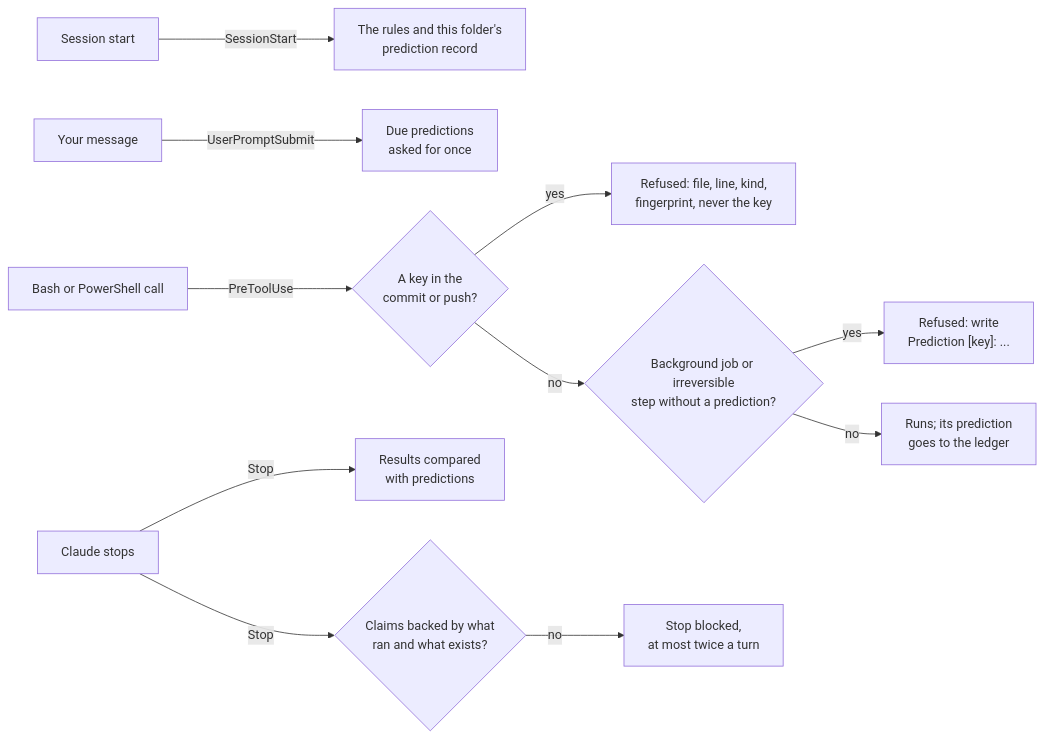
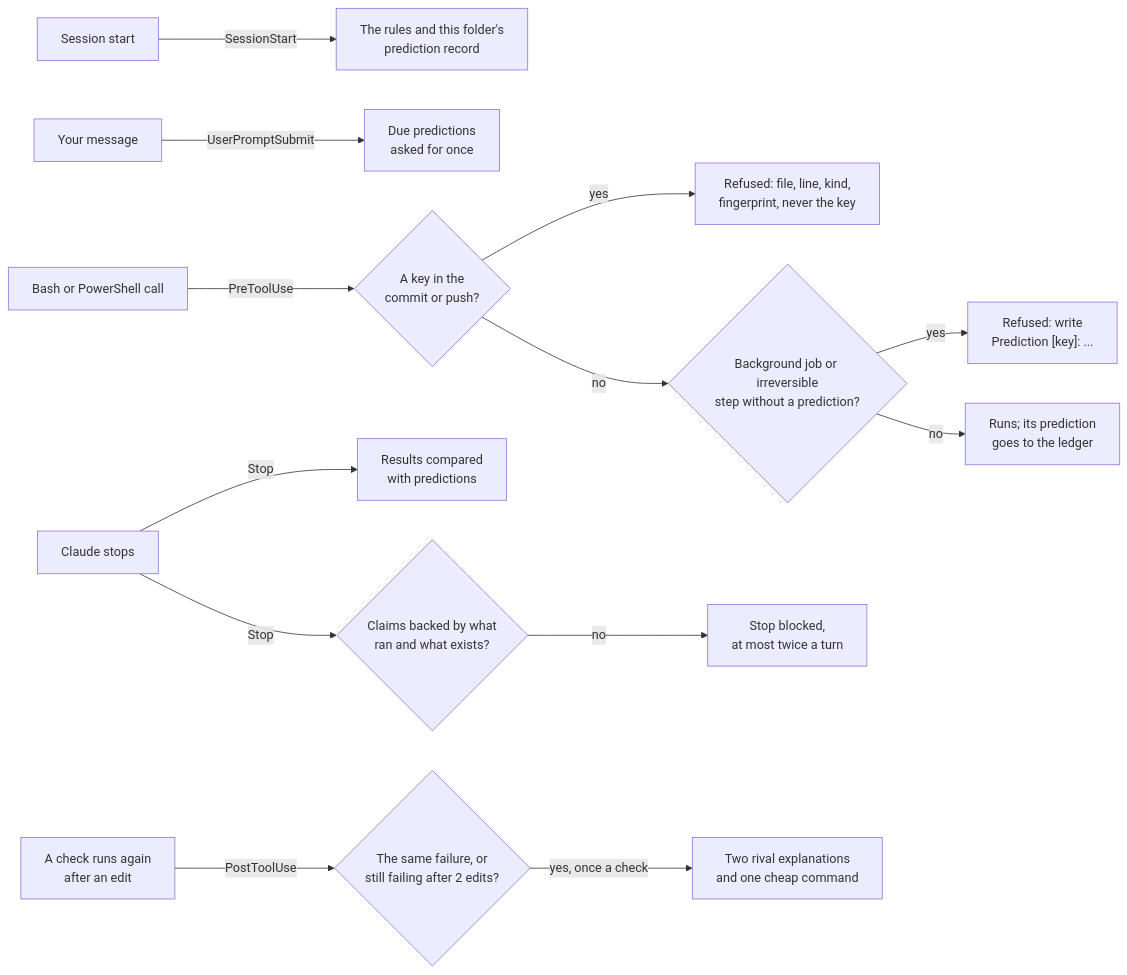
Before and after one commit to cihanatak/lr-memory: the diagram in plugins/col/README.md, drawn with Mermaid. The commit also changed other lines of this file and 21 other files, not shown here.

````diff
--- a/plugins/col/README.md
+++ b/plugins/col/README.md
@@ -116,13 +125,15 @@
 ```mermaid
 flowchart LR
   S["Session start"] -->|SessionStart| R["The rules and this folder's<br/>prediction record"]
   U["Your message"] -->|UserPromptSubmit| D["Due predictions<br/>asked for once"]
   B["Bash or PowerShell call"] -->|PreToolUse| K{"A key in the<br/>commit or push?"}
   K -->|yes| X["Refused: file, line, kind,<br/>fingerprint, never the key"]
   K -->|no| G{"Background job or irreversible<br/>step without a prediction?"}
   G -->|yes| Y["Refused: write<br/>Prediction [key]: ..."]
   G -->|no| Run["Runs; its prediction<br/>goes to the ledger"]
   E["Claude stops"] -->|Stop| L["Results compared<br/>with predictions"]
   E -->|Stop| C{"Claims backed by what<br/>ran and what exists?"}
   C -->|no| Block["Stop blocked,<br/>at most twice a turn"]
+  F["A check runs again<br/>after an edit"] -->|PostToolUse| Q{"The same failure, or<br/>still failing after 2 edits?"}
+  Q -->|yes, once a check| A["Two rival explanations<br/>and one cheap command"]
 ```
````
